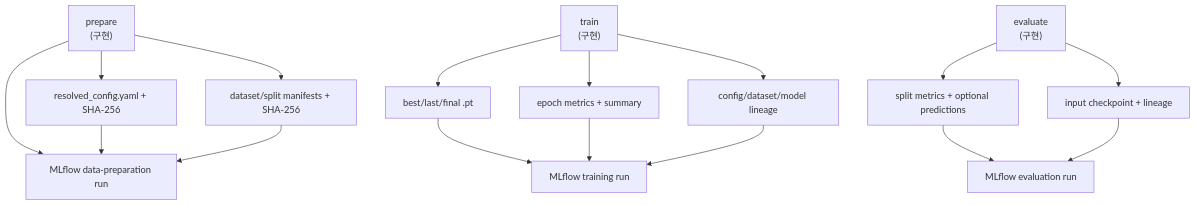
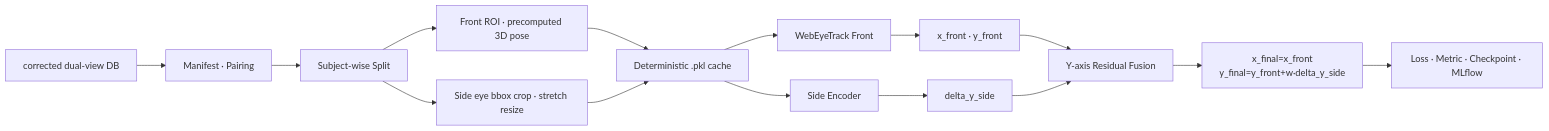
One commit to ggulNote/eye-tracking-ml changed the diagram in docs/architecture.md. Above: the diagram before and after it, drawn with Mermaid. The commit also changed other lines of this file and 51 other files, not shown here.

Commit message:
Finalize measured dual-view training pipeline

````diff
--- a/docs/architecture.md
+++ b/docs/architecture.md
@@ -366,20 +19,17 @@
 ```mermaid
-flowchart TD
-    P["prepare<br/>(구현)"] --> A["resolved_config.yaml + SHA-256"]
-    P --> B["dataset/split manifests + SHA-256"]
-    P --> M["MLflow data-preparation run"]
-    A --> M
-    B --> M
-
-    T["train<br/>(구현)"] --> C["best/last/final .pt"]
-    T --> D["epoch metrics + summary"]
-    T --> E["config/dataset/model lineage"]
-    C --> N["MLflow training run"]
-    D --> N
-    E --> N
-
-    V["evaluate<br/>(구현)"] --> F["split metrics + optional predictions"]
-    V --> G["input checkpoint + lineage"]
-    F --> Q["MLflow evaluation run"]
-    G --> Q
+flowchart LR
+    DB["corrected dual-view DB"] --> M["Manifest · Pairing"]
+    M --> S["Subject-wise Split"]
+    S --> F["Front ROI · precomputed 3D pose"]
+    S --> P["Side eye bbox crop · stretch resize"]
+    F --> C["Deterministic .pkl cache"]
+    P --> C
+    C --> FM["WebEyeTrack Front"]
+    C --> SM["Side Encoder"]
+    FM --> FO["x_front · y_front"]
+    SM --> SO["delta_y_side"]
+    FO --> Y["Y-axis Residual Fusion"]
+    SO --> Y
+    Y --> O["x_final=x_front<br/>y_final=y_front+w·delta_y_side"]
+    O --> T["Loss · Metric · Checkpoint · MLflow"]
 ```
````
